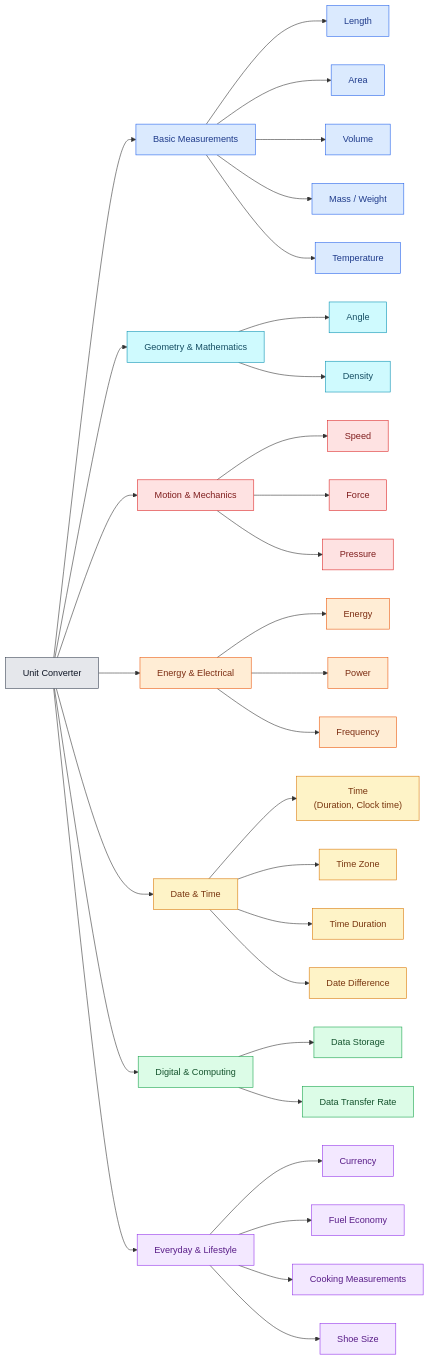
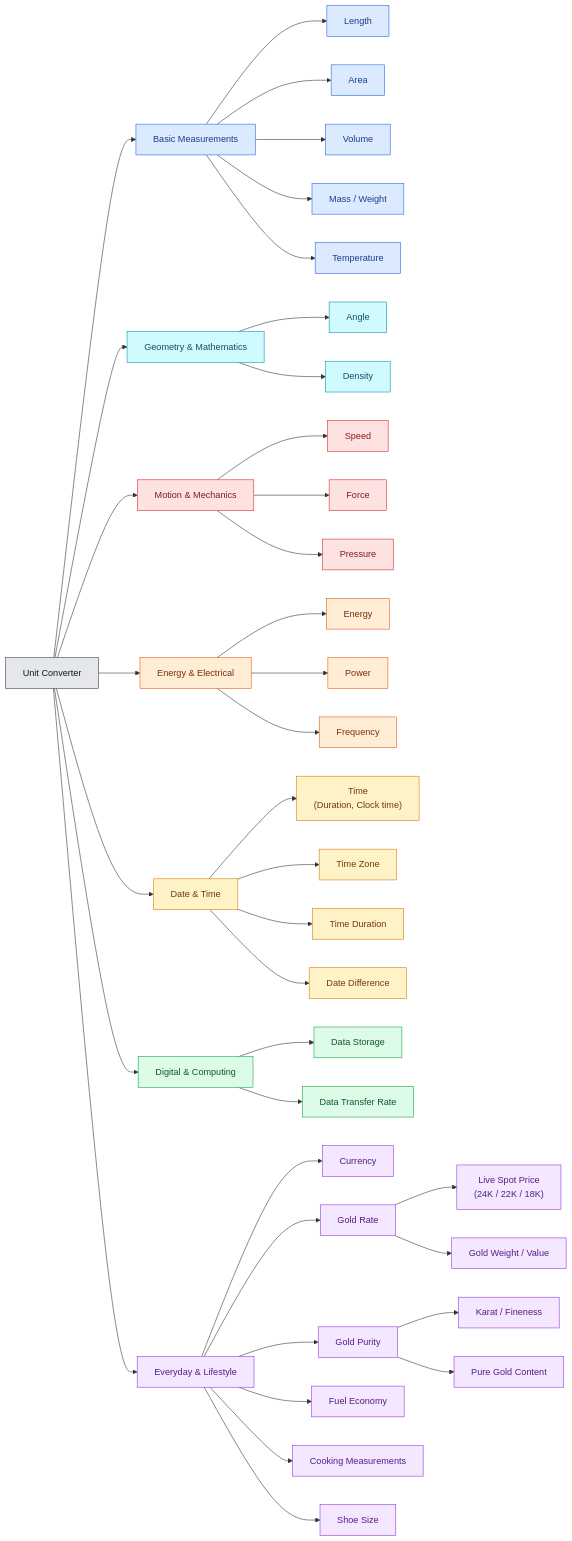
One commit to Aniruddha-25/unit-convertor changed the diagram in README.md. Above: the diagram before and after it, drawn with Mermaid. The commit also changed other lines of this file and 19 other files, not shown here.

First line of the commit message:
Add gold rate and purity converters

````diff
--- a/README.md
+++ b/README.md
@@ -10,61 +10,67 @@
 ```mermaid
 flowchart LR
     A["Unit Converter"]
 
     A --> B["Basic Measurements"]
     A --> C["Geometry & Mathematics"]
     A --> D["Motion & Mechanics"]
     A --> E["Energy & Electrical"]
     A --> F["Date & Time"]
     A --> G["Digital & Computing"]
     A --> H["Everyday & Lifestyle"]
 
     B --> B1["Length"]
     B --> B2["Area"]
     B --> B3["Volume"]
     B --> B4["Mass / Weight"]
     B --> B5["Temperature"]
 
     C --> C1["Angle"]
     C --> C2["Density"]
 
     D --> D1["Speed"]
     D --> D2["Force"]
     D --> D3["Pressure"]
 
     E --> E1["Energy"]
     E --> E2["Power"]
     E --> E3["Frequency"]
 
     F --> F1["Time<br/>(Duration, Clock time)"]
     F --> F2["Time Zone"]
     F --> F3["Time Duration"]
     F --> F4["Date Difference"]
 
     G --> G1["Data Storage"]
     G --> G2["Data Transfer Rate"]
 
     H --> H0["Currency"]
+    H --> H4["Gold Rate"]
+    H4 --> H4a["Live Spot Price<br/>(24K / 22K / 18K)"]
+    H4 --> H4b["Gold Weight / Value"]
+    H --> H5["Gold Purity"]
+    H5 --> H5a["Karat / Fineness"]
+    H5 --> H5b["Pure Gold Content"]
     H --> H1["Fuel Economy"]
     H --> H2["Cooking Measurements"]
     H --> H3["Shoe Size"]
 
     classDef root fill:#e5e7eb,stroke:#374151,color:#111827
     classDef basic fill:#dbeafe,stroke:#2563eb,color:#1e3a8a
     classDef geometry fill:#cffafe,stroke:#0891b2,color:#164e63
     classDef motion fill:#fee2e2,stroke:#dc2626,color:#7f1d1d
     classDef energy fill:#ffedd5,stroke:#ea580c,color:#7c2d12
     classDef datetime fill:#fef3c7,stroke:#d97706,color:#78350f
     classDef digital fill:#dcfce7,stroke:#16a34a,color:#14532d
     classDef lifestyle fill:#f3e8ff,stroke:#9333ea,color:#581c87
   
 
     class A root
     class B,B1,B2,B3,B4,B5 basic
     class C,C1,C2 geometry
     class D,D1,D2,D3 motion
     class E,E1,E2,E3 energy
     class F,F1,F2,F3,F4 datetime
     class G,G1,G2 digital
-    class H,H0,H1,H2,H3 lifestyle
+    class H,H0,H1,H2,H3,H4,H4a,H4b,H5,H5a,H5b lifestyle
 ```
````
